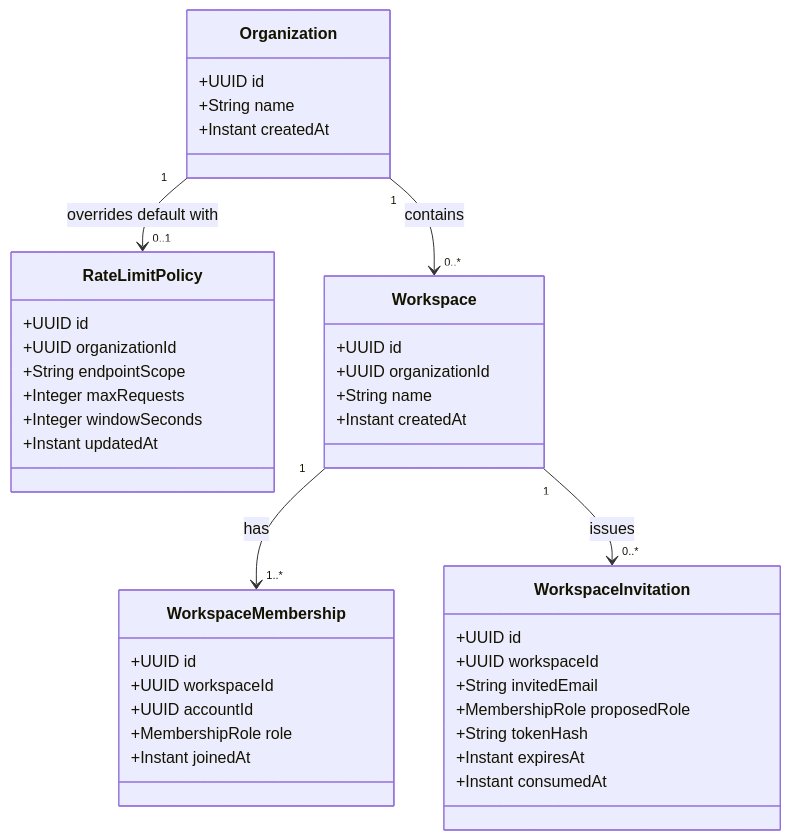
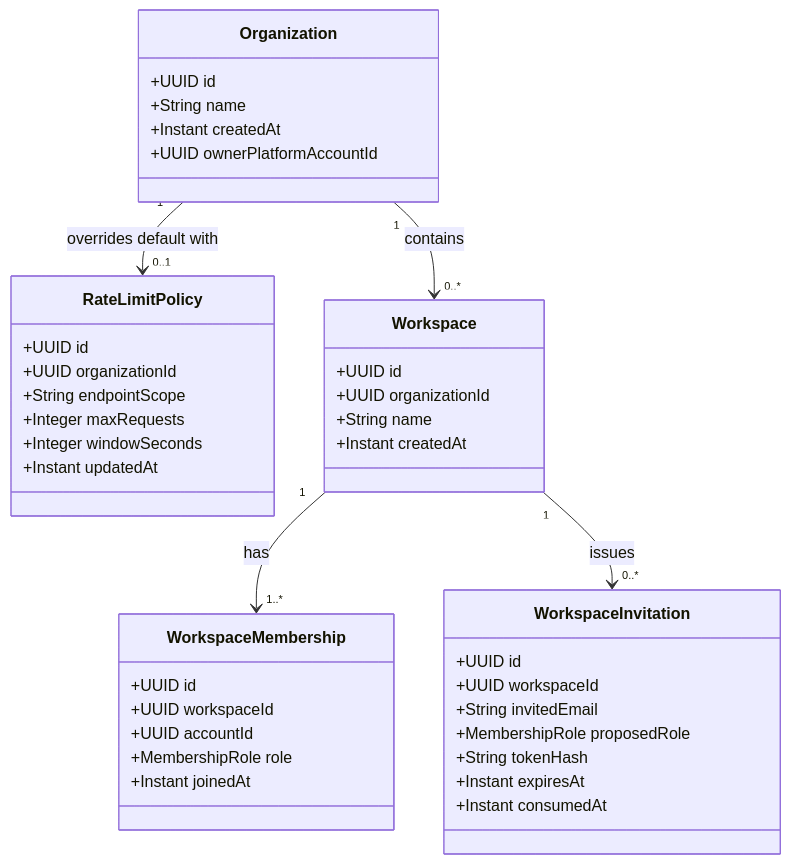
Before and after one commit to RedeArmy/Clavaris: the second of 6 diagrams in docs/02-domain/domain-model.md, drawn with Mermaid. The commit also changed other lines of this file and 5 other files, not shown here.

First line of the commit message:
test: end-to-end integration coverage for PlatformAccount dashboard, docs and business rules

````diff
--- a/docs/02-domain/domain-model.md
+++ b/docs/02-domain/domain-model.md
@@ -91,43 +92,44 @@
 ```mermaid
 classDiagram
     class Organization {
         +UUID id
         +String name
         +Instant createdAt
+        +UUID ownerPlatformAccountId
     }
     class RateLimitPolicy {
         +UUID id
         +UUID organizationId
         +String endpointScope
         +Integer maxRequests
         +Integer windowSeconds
         +Instant updatedAt
     }
     class Workspace {
         +UUID id
         +UUID organizationId
         +String name
         +Instant createdAt
     }
     class WorkspaceMembership {
         +UUID id
         +UUID workspaceId
         +UUID accountId
         +MembershipRole role
         +Instant joinedAt
     }
     class WorkspaceInvitation {
         +UUID id
         +UUID workspaceId
         +String invitedEmail
         +MembershipRole proposedRole
         +String tokenHash
         +Instant expiresAt
         +Instant consumedAt
     }
 
     Organization "1" --> "0..*" Workspace : contains
     Organization "1" --> "0..1" RateLimitPolicy : overrides default with
     Workspace "1" --> "1..*" WorkspaceMembership : has
     Workspace "1" --> "0..*" WorkspaceInvitation : issues
 ```
````
